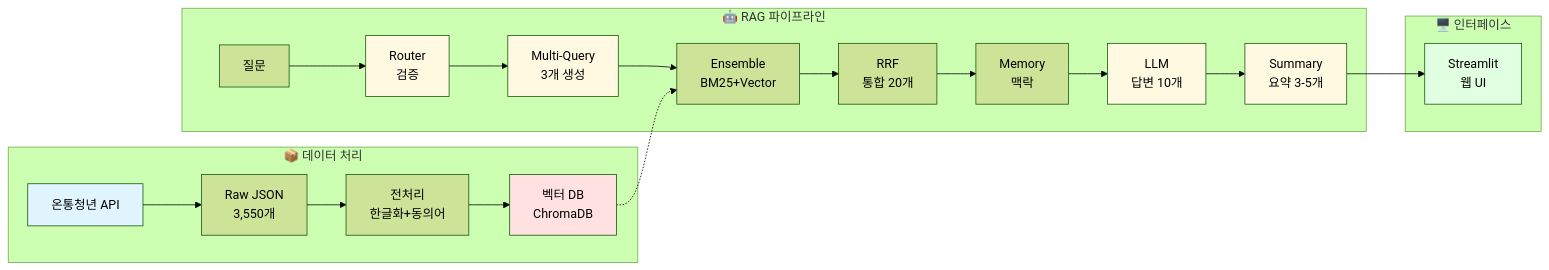
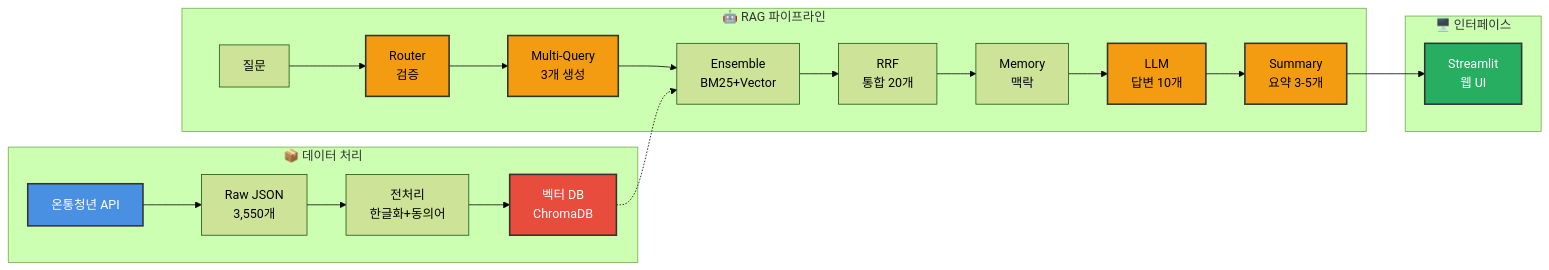
The diagram in README.md (SKNETWORKS-FAMILY-AICAMP/SKN20-3rd-1TEAM), drawn with Mermaid (forest theme) before and after one commit.

````diff
--- a/README.md
+++ b/README.md
@@ -3,31 +3,31 @@
 ```mermaid
 graph LR
     subgraph Data["📦 데이터 처리"]
         A[온통청년 API] --> B[Raw JSON<br/>3,550개]
         B --> C[전처리<br/>한글화+동의어]
         C --> D[벡터 DB<br/>ChromaDB]
     end
     
     subgraph RAG["🤖 RAG 파이프라인"]
         E[질문] --> F[Router<br/>검증]
         F --> G[Multi-Query<br/>3개 생성]
         G --> H[Ensemble<br/>BM25+Vector]
         D -.-> H
         H --> I[RRF<br/>통합 20개]
         I --> J[Memory<br/>맥락]
         J --> K[LLM<br/>답변 10개]
         K --> L[Summary<br/>요약 3-5개]
     end
     
     subgraph UI["🖥️ 인터페이스"]
         L --> M[Streamlit<br/>웹 UI]
     end
     
-    style A fill:#e1f5ff
-    style D fill:#ffe1e1
-    style F fill:#fff9e1
-    style G fill:#fff9e1
-    style K fill:#fff9e1
-    style L fill:#fff9e1
-    style M fill:#e1ffe1
+    style A fill:#4A90E2,stroke:#333,stroke-width:2px,color:#fff
+    style D fill:#E74C3C,stroke:#333,stroke-width:2px,color:#fff
+    style F fill:#F39C12,stroke:#333,stroke-width:2px,color:#000
+    style G fill:#F39C12,stroke:#333,stroke-width:2px,color:#000
+    style K fill:#F39C12,stroke:#333,stroke-width:2px,color:#000
+    style L fill:#F39C12,stroke:#333,stroke-width:2px,color:#000
+    style M fill:#27AE60,stroke:#333,stroke-width:2px,color:#fff
 ```
````
